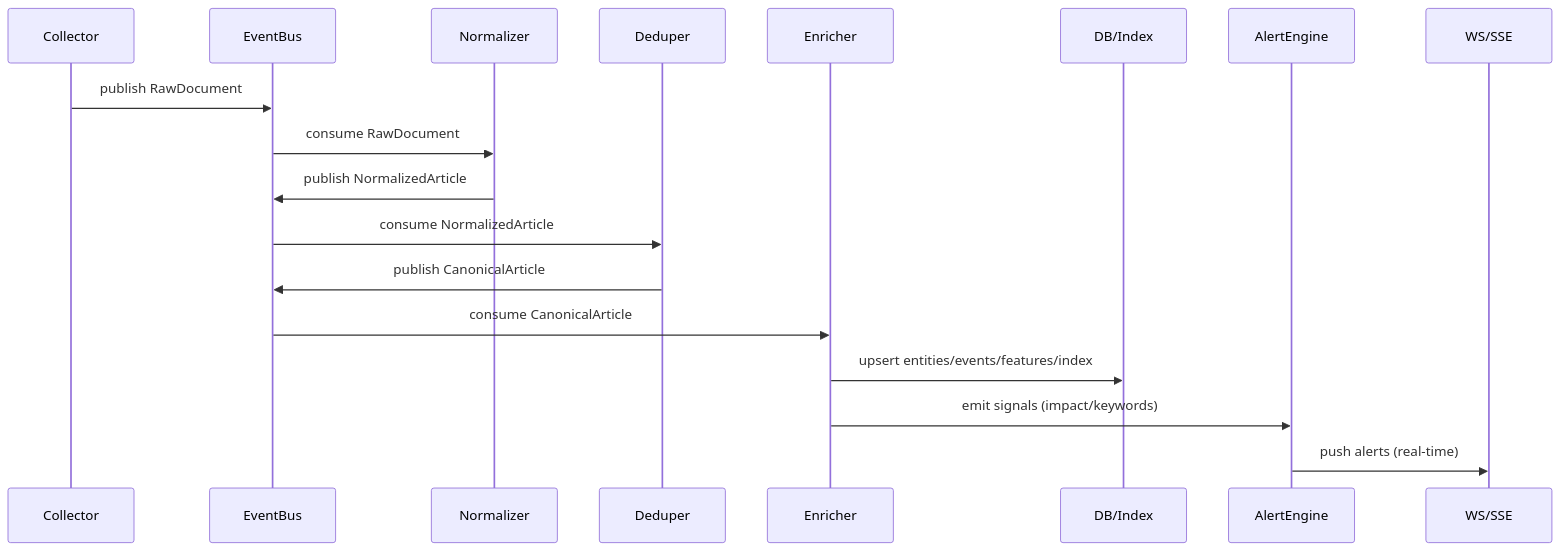
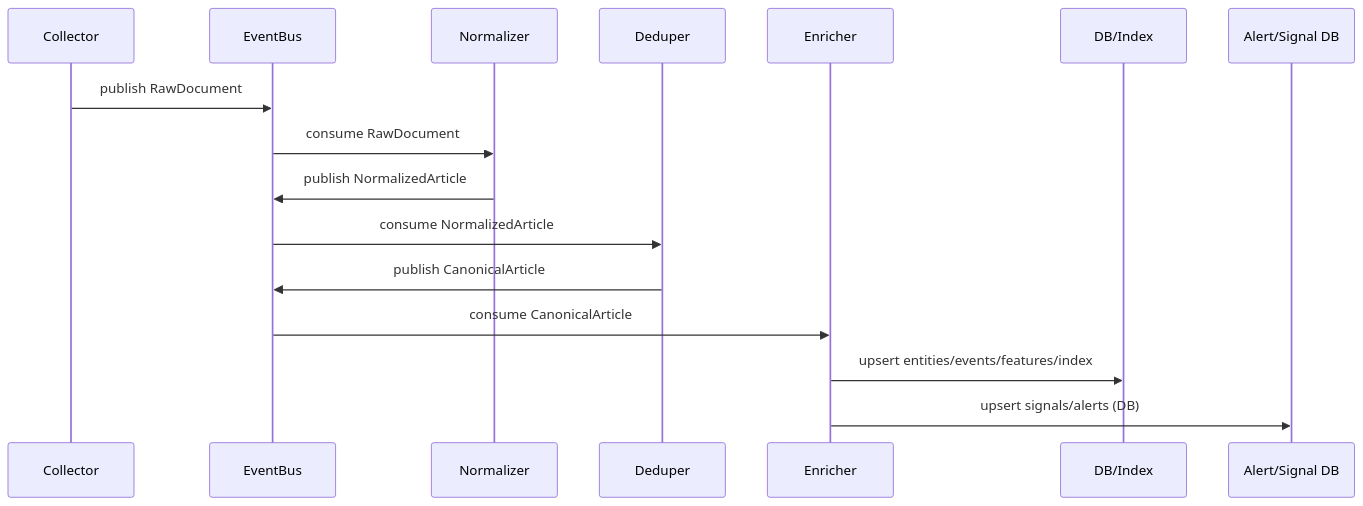
Before and after one commit to 1376524890/tx-news: the second of 3 diagrams in README.md, drawn with Mermaid. The commit also changed other lines of this file and 2 other files, not shown here.

````diff
--- a/README.md
+++ b/README.md
@@ -72,21 +74,19 @@
 ```mermaid
 sequenceDiagram
   participant Collector
   participant Bus as EventBus
   participant Norm as Normalizer
   participant Dedup as Deduper
   participant Enrich as Enricher
   participant Store as DB/Index
-  participant Alert as AlertEngine
-  participant Push as WS/SSE
+  participant Alert as Alert/Signal DB
 
   Collector->>Bus: publish RawDocument
   Bus->>Norm: consume RawDocument
   Norm->>Bus: publish NormalizedArticle
   Bus->>Dedup: consume NormalizedArticle
   Dedup->>Bus: publish CanonicalArticle
   Bus->>Enrich: consume CanonicalArticle
   Enrich->>Store: upsert entities/events/features/index
-  Enrich->>Alert: emit signals (impact/keywords)
-  Alert->>Push: push alerts (real-time)
+  Enrich->>Alert: upsert signals/alerts (DB)
 ```
````
